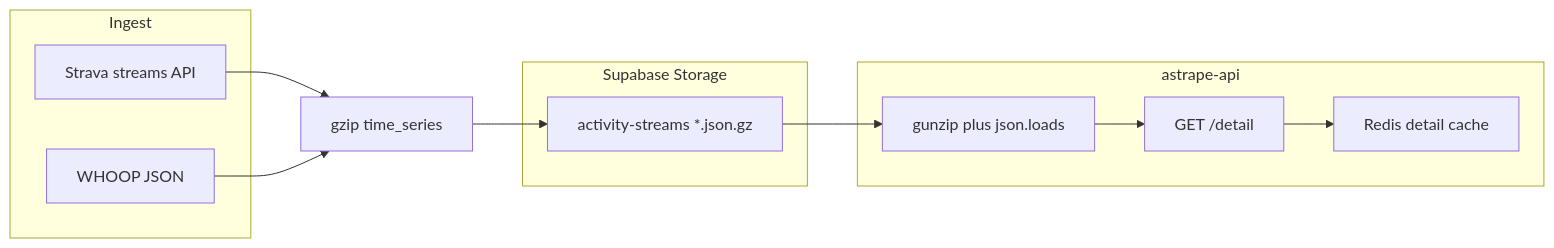
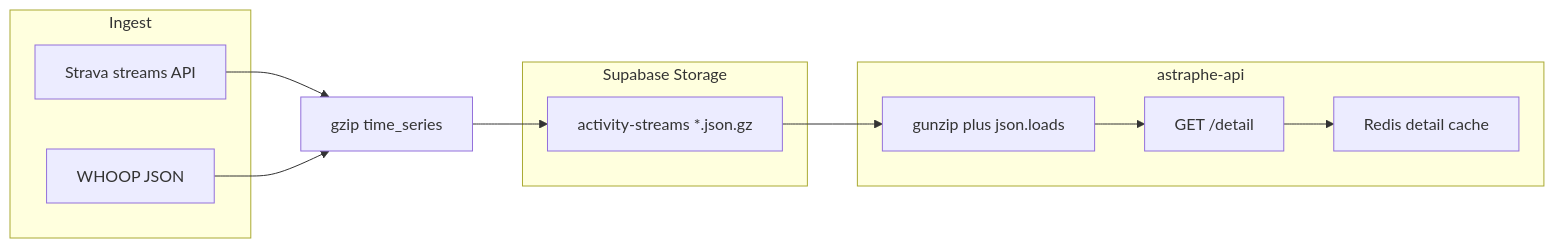
The diagram in docs/STREAM_STORAGE_MIGRATION.md (sbalbale/astraphe-ai-coach), drawn with Mermaid before and after one commit. The commit also changed other lines of this file and 30 other files, not shown here.

````diff
--- a/docs/STREAM_STORAGE_MIGRATION.md
+++ b/docs/STREAM_STORAGE_MIGRATION.md
@@ -21,19 +21,19 @@
 ```mermaid
 flowchart LR
     subgraph ingest [Ingest]
         StravaJSON[Strava streams API]
         WhoopJSON[WHOOP JSON]
     end
     subgraph storage [Supabase Storage]
         Bucket["activity-streams *.json.gz"]
     end
-    subgraph api [astrape-api]
+    subgraph api [astraphe-api]
         Gunzip[gunzip plus json.loads]
         Detail[GET /detail]
         Redis[Redis detail cache]
     end
     StravaJSON --> Gzip[gzip time_series] --> Bucket
     WhoopJSON --> Gzip
     Bucket --> Gunzip --> Detail
     Detail --> Redis
 ```
````
